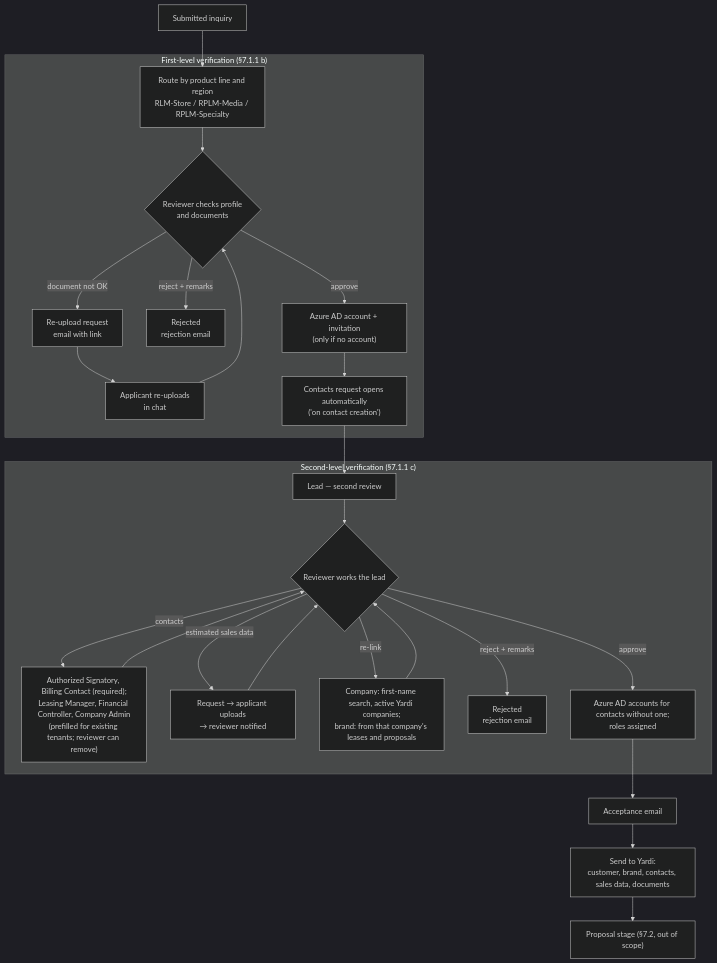
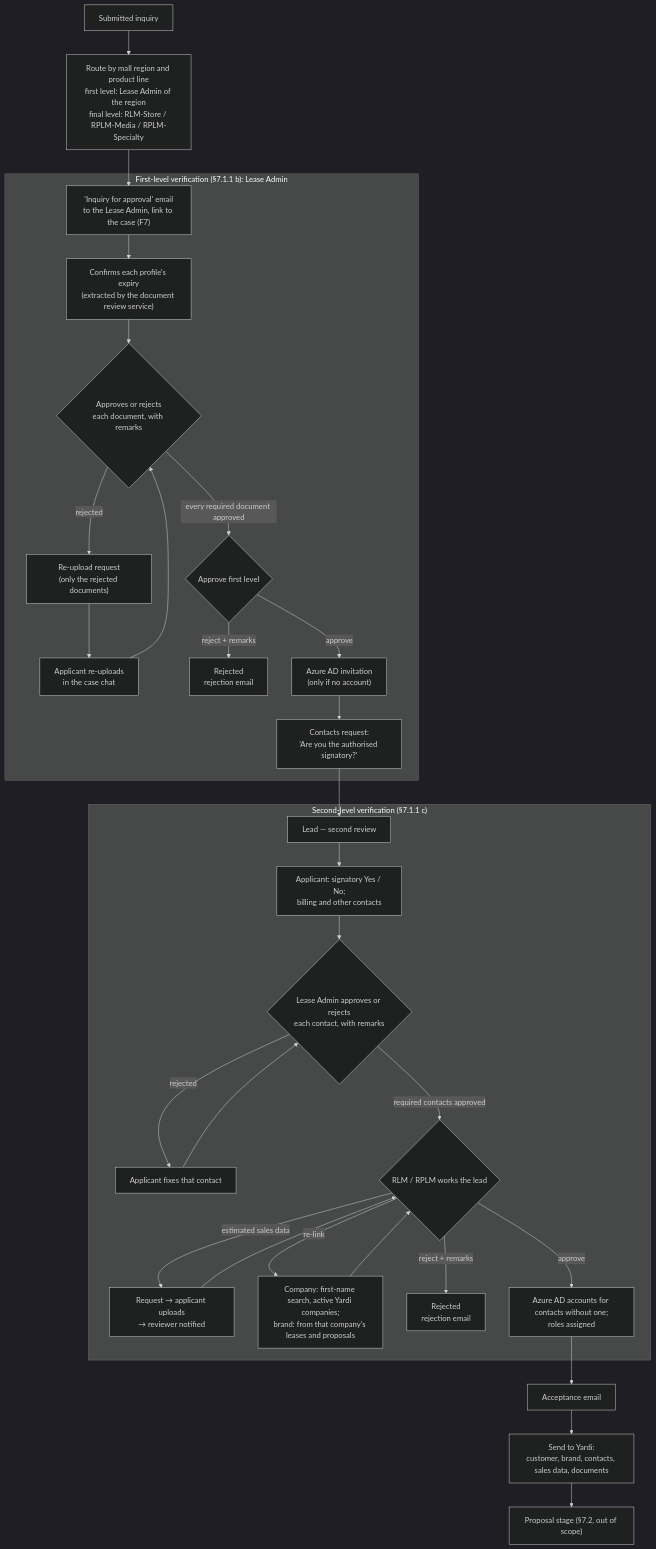
Before and after one commit to swa01wk/send-inquiry-agent: the second of 4 diagrams in docs/POC-LIFECYCLE.md, drawn with Mermaid (dark theme). The commit also changed other lines of this file, not shown here.

````diff
--- a/docs/POC-LIFECYCLE.md
+++ b/docs/POC-LIFECYCLE.md
@@ -65,26 +67,31 @@
 ```mermaid
 flowchart TD
-  REF["Submitted inquiry"] --> RT["Route by product line and region<br/>RLM-Store / RPLM-Media / RPLM-Specialty"]
+  REF["Submitted inquiry"] --> RT["Route by mall region and product line<br/>first level: Lease Admin of the region<br/>final level: RLM-Store / RPLM-Media / RPLM-Specialty"]
+  RT --> MAIL["'Inquiry for approval' email<br/>to the Lease Admin, link to the case (F7)"]
 
-  subgraph L1["First-level verification (§7.1.1 b)"]
-    RT --> V1{"Reviewer checks profile<br/>and documents"}
-    V1 -- "document not OK" --> RU["Re-upload request<br/>email with link"] --> RUA["Applicant re-uploads<br/>in chat"] --> V1
-    V1 -- "reject + remarks" --> RJ1["Rejected<br/>rejection email"]
-    V1 -- "approve" --> AD1["Azure AD account + invitation<br/>(only if no account)"]
-    AD1 --> AC["Contacts request opens automatically<br/>('on contact creation')"]
+  subgraph L1["First-level verification (§7.1.1 b): Lease Admin"]
+    MAIL --> EXP["Confirms each profile's expiry<br/>(extracted by the document review service)"]
+    EXP --> DOC{"Approves or rejects<br/>each document, with remarks"}
+    DOC -- "rejected" --> RU["Re-upload request<br/>(only the rejected documents)"] --> RUA["Applicant re-uploads<br/>in the case chat"] --> DOC
+    DOC -- "every required document approved" --> AF{"Approve first level"}
+    AF -- "reject + remarks" --> RJ1["Rejected<br/>rejection email"]
+    AF -- "approve" --> AD1["Azure AD invitation<br/>(only if no account)"]
+    AD1 --> AC["Contacts request:<br/>'Are you the authorised signatory?'"]
   end
 
   AC --> LEAD["Lead — second review"]
 
   subgraph L2["Second-level verification (§7.1.1 c)"]
-    LEAD --> V2{"Reviewer works the lead"}
-    V2 -- "contacts" --> CT["Authorized Signatory, Billing Contact (required);<br/>Leasing Manager, Financial Controller, Company Admin<br/>(prefilled for existing tenants; reviewer can remove)"] --> V2
+    LEAD --> SIG["Applicant: signatory Yes / No;<br/>billing and other contacts"]
+    SIG --> CA{"Lease Admin approves or rejects<br/>each contact, with remarks"}
+    CA -- "rejected" --> CF["Applicant fixes that contact"] --> CA
+    CA -- "required contacts approved" --> V2{"RLM / RPLM works the lead"}
     V2 -- "estimated sales data" --> SD["Request → applicant uploads<br/>→ reviewer notified"] --> V2
     V2 -- "re-link" --> RL["Company: first-name search, active Yardi companies;<br/>brand: from that company's leases and proposals"] --> V2
     V2 -- "reject + remarks" --> RJ2["Rejected<br/>rejection email"]
     V2 -- "approve" --> AD2["Azure AD accounts for contacts without one;<br/>roles assigned"]
   end
 
   AD2 --> ACC["Acceptance email"] --> Y["Send to Yardi:<br/>customer, brand, contacts, sales data, documents"]
   Y --> PROP["Proposal stage (§7.2, out of scope)"]
 ```
````
